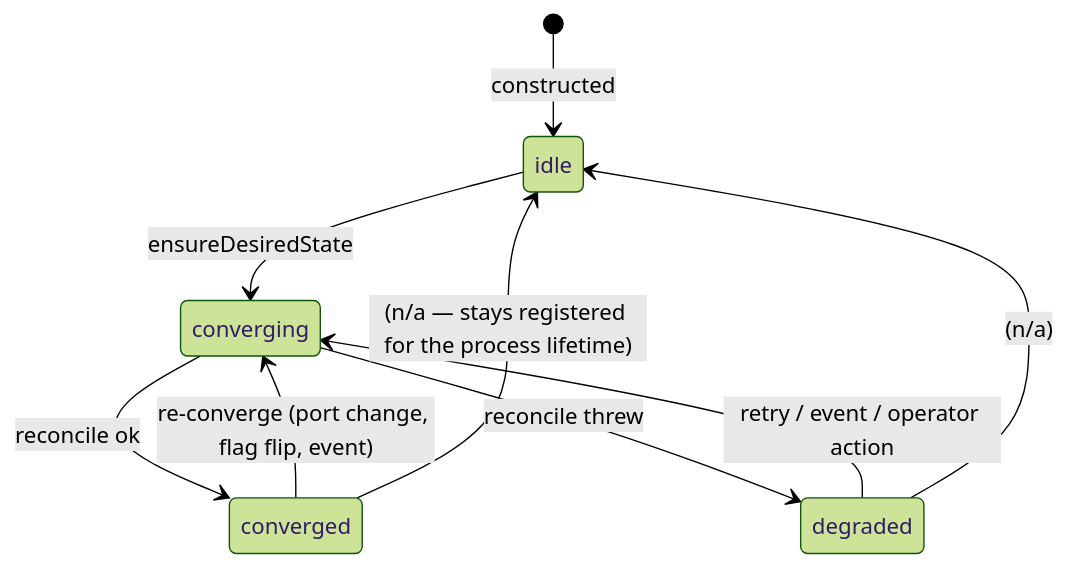
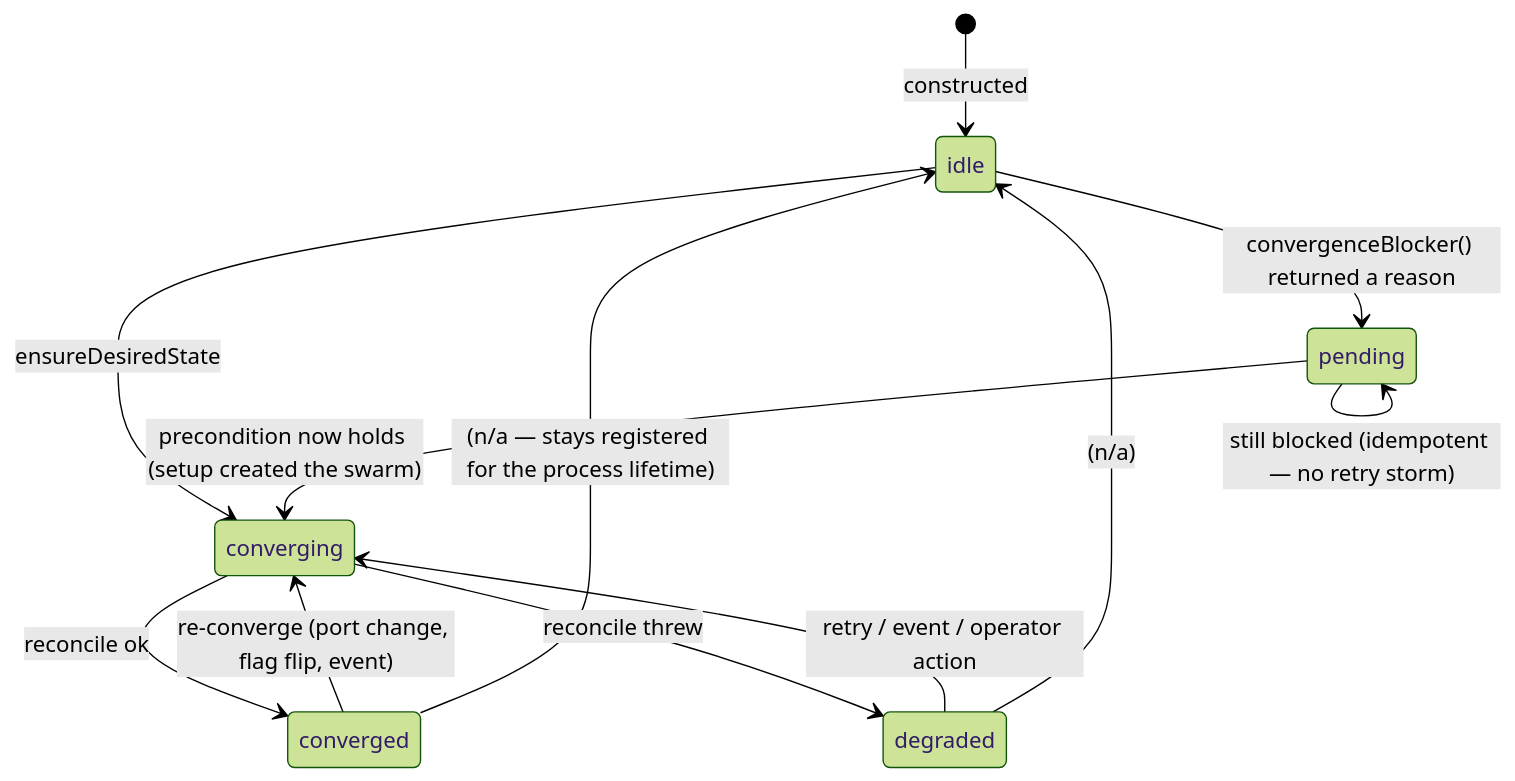
One commit to N0SAFE/deployer changed the second of 4 diagrams in apps/doc/content/docs/deployment/onboarding-and-lifecycle.mdx. Above: the diagram before and after it, drawn with Mermaid (forest theme). The commit also changed other lines of this file and 1016 other files, not shown here.

First line of the commit message:
refactor(workspace): extract @repo/nest-env and @repo/nest-schema, add setup app

````diff
--- a/apps/doc/content/docs/deployment/onboarding-and-lifecycle.mdx
+++ b/apps/doc/content/docs/deployment/onboarding-and-lifecycle.mdx
@@ -136,11 +136,14 @@
 ```mermaid
 stateDiagram-v2
     [*] --> idle : constructed
+    idle --> pending : convergenceBlocker() returned a reason
     idle --> converging : ensureDesiredState
+    pending --> converging : precondition now holds (setup created the swarm)
+    pending --> pending : still blocked (idempotent — no retry storm)
     converging --> converged : reconcile ok
     converging --> degraded : reconcile threw
     converged --> converging : re-converge (port change, flag flip, event)
     degraded --> converging : retry / event / operator action
     converged --> idle : (n/a — stays registered for the process lifetime)
     degraded --> idle : (n/a)
 ```
````
